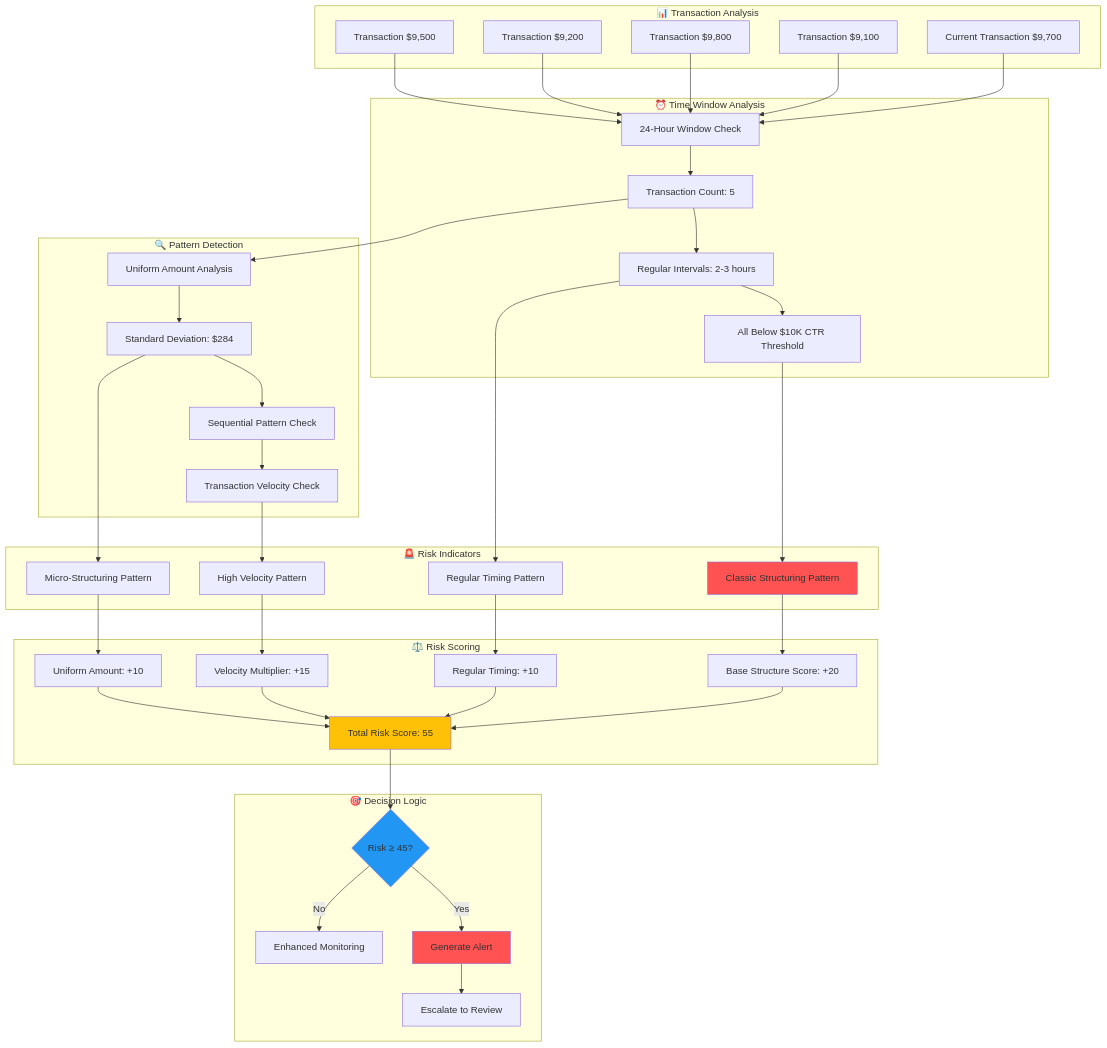
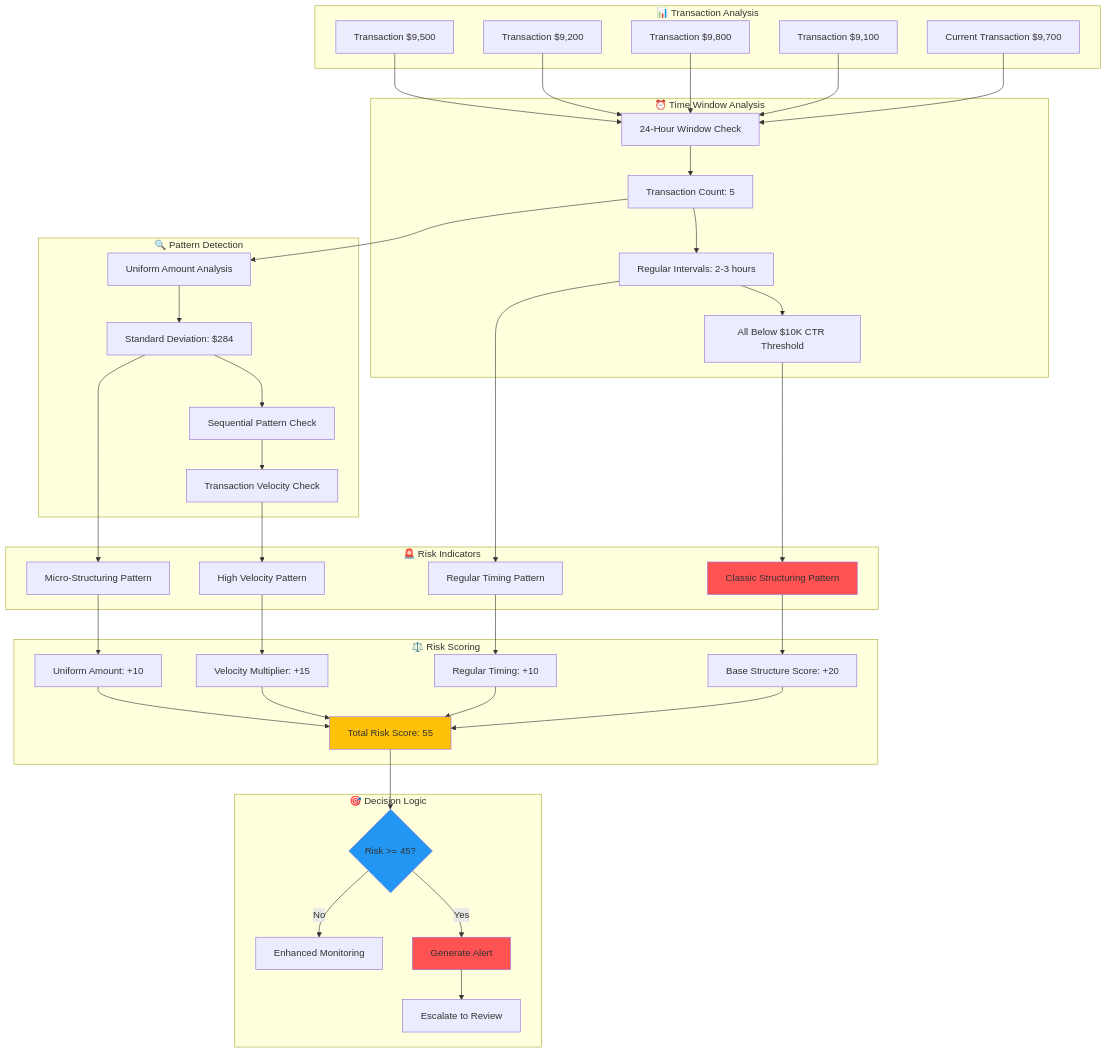
One commit to gregorizeidler-cw/LavandowskI-Chatbot changed the sixth of 11 diagrams in README.md. Above: the diagram before and after it, drawn with Mermaid. The commit also changed other lines of this file, not shown here.

```diff
--- a/README.md
+++ b/README.md
@@ -1163,7 +1163,7 @@
     end
     
     subgraph "🎯 Decision Logic"
-        THRESHOLD_CHECK{Risk ≥ 45?}
+        THRESHOLD_CHECK{Risk >= 45?}
         ALERT[Generate Alert]
         ESCALATE[Escalate to Review]
         MONITOR[Enhanced Monitoring]
```
